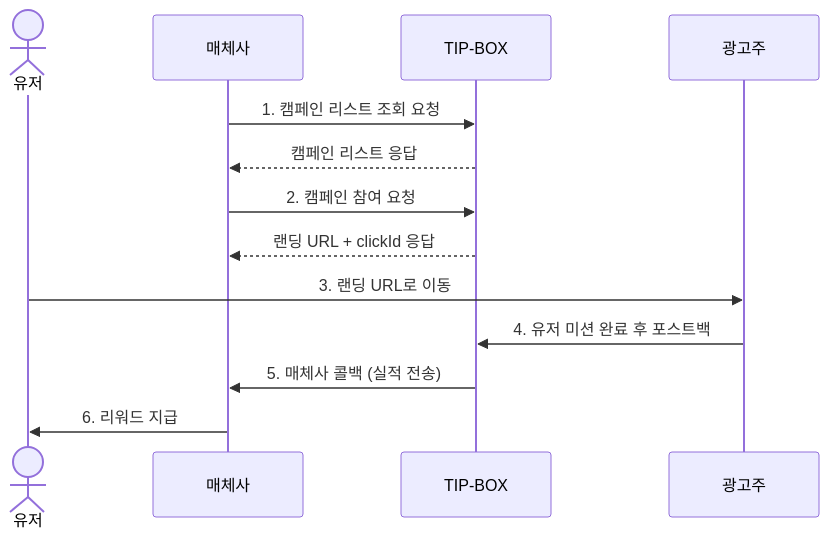
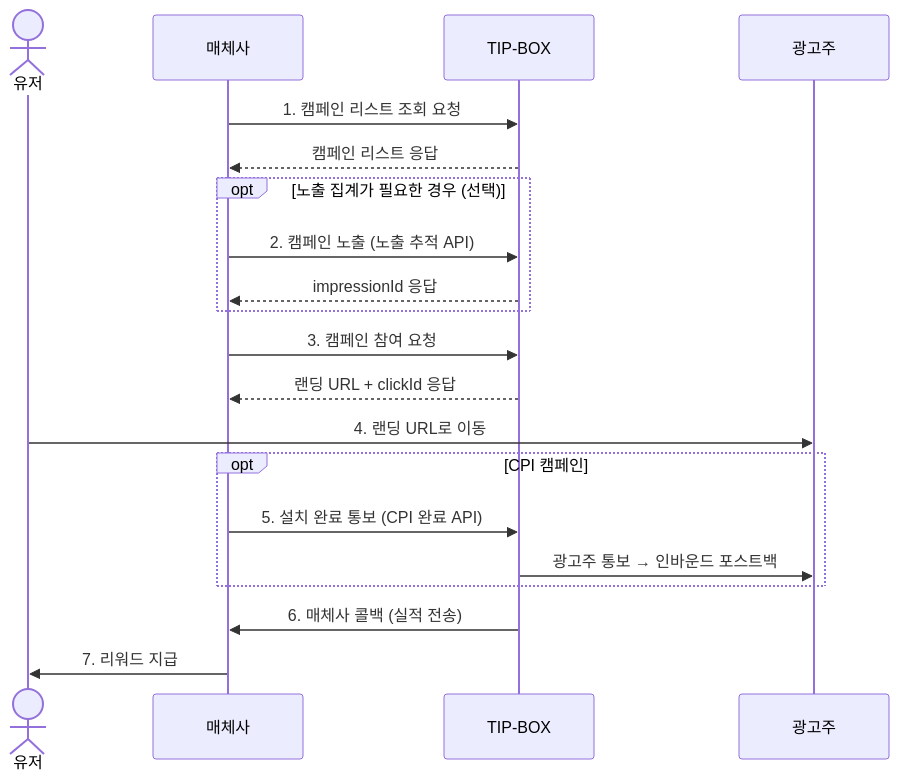
The diagram in Reward Campaign API guide for publisher.md (tip-box/integration-guide), drawn with Mermaid before and after one commit.

Commit message:
docs: 연동 흐름도에 노출/CPI 완료 단계 반영
노출 집계(선택)와 CPI 설치 완료 통보 단계를 시퀀스에 추가하고
단계 번호를 재정렬

````diff
--- a/Reward Campaign API guide for publisher.md
+++ b/Reward Campaign API guide for publisher.md
@@ -10,21 +10,29 @@
 ```mermaid
 sequenceDiagram
     actor 유저
     participant 매체사
     participant TIP-BOX
     participant 광고주
 
     매체사->>TIP-BOX: 1. 캠페인 리스트 조회 요청
     TIP-BOX-->>매체사: 캠페인 리스트 응답
 
-    매체사->>TIP-BOX: 2. 캠페인 참여 요청
+    opt 노출 집계가 필요한 경우 (선택)
+        매체사->>TIP-BOX: 2. 캠페인 노출 (노출 추적 API)
+        TIP-BOX-->>매체사: impressionId 응답
+    end
+
+    매체사->>TIP-BOX: 3. 캠페인 참여 요청
     TIP-BOX-->>매체사: 랜딩 URL + clickId 응답
 
-    유저->>광고주: 3. 랜딩 URL로 이동
+    유저->>광고주: 4. 랜딩 URL로 이동
 
-    광고주->>TIP-BOX: 4. 유저 미션 완료 후 포스트백
+    opt CPI 캠페인
+        매체사->>TIP-BOX: 5. 설치 완료 통보 (CPI 완료 API)
+        TIP-BOX->>광고주: 광고주 통보 → 인바운드 포스트백
+    end
 
-    TIP-BOX->>매체사: 5. 매체사 콜백 (실적 전송)
+    TIP-BOX->>매체사: 6. 매체사 콜백 (실적 전송)
 
-    매체사->>유저: 6. 리워드 지급
+    매체사->>유저: 7. 리워드 지급
 ```
````
